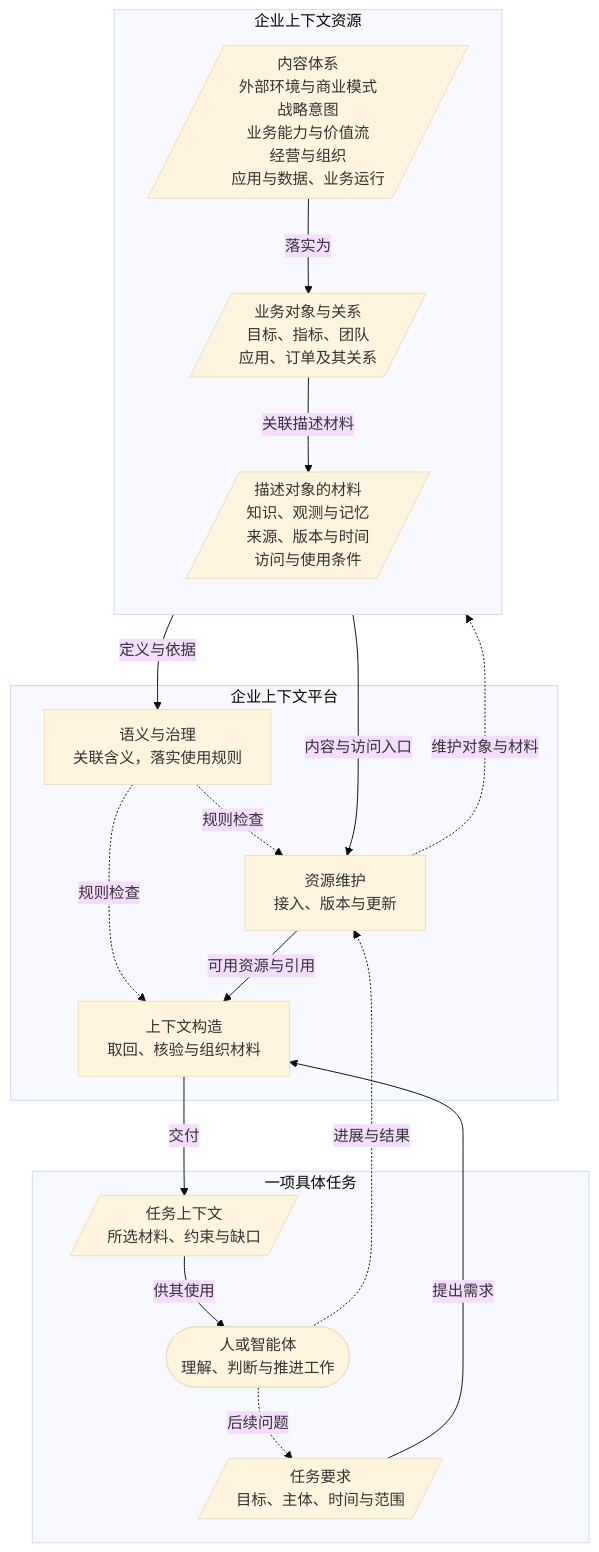
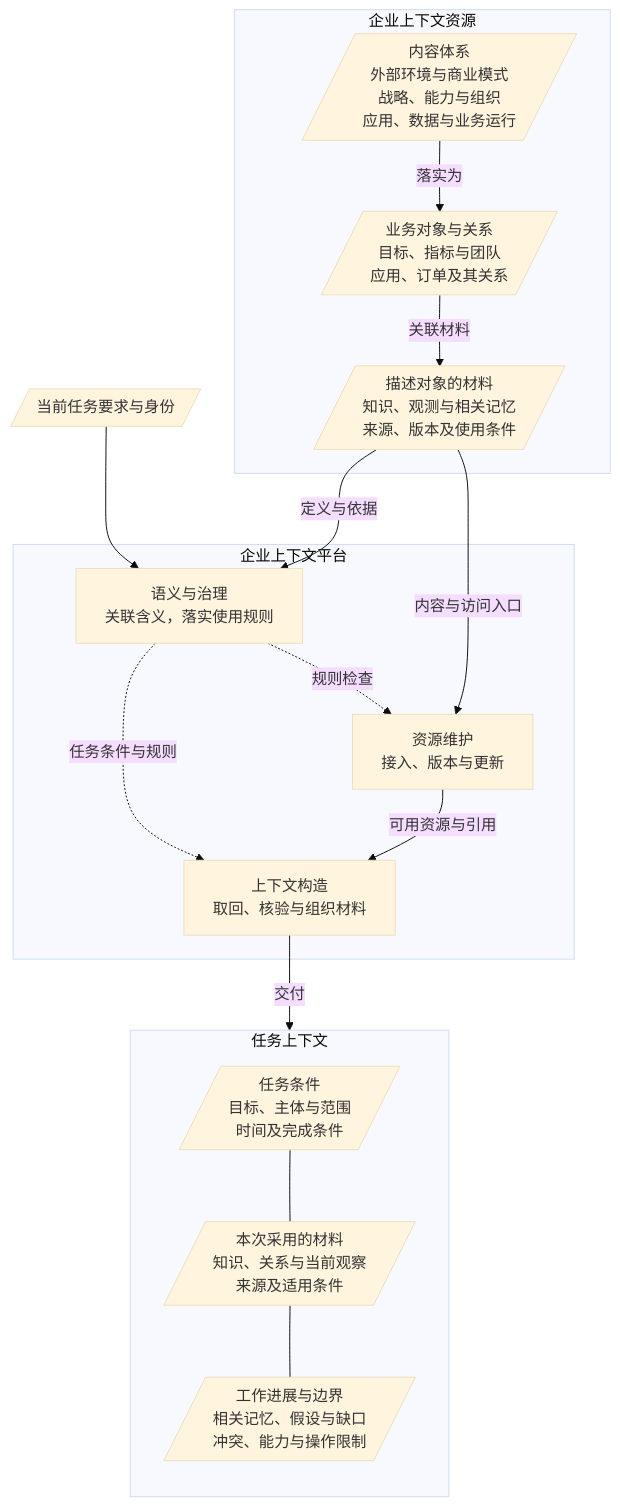
The first of 3 diagrams in book/part-1/chapter-03.md (LENSHOOD/enterprise-context-book), drawn with Mermaid (base theme) before and after one commit. The commit also changed other lines of this file and 23 other files, not shown here.

````diff
--- a/book/part-1/chapter-03.md
+++ b/book/part-1/chapter-03.md
@@ -9,32 +9,30 @@
 ```mermaid
 flowchart TB
   subgraph R["企业上下文资源"]
-    direction TB
-    D[/"内容体系<br/>外部环境与商业模式<br/>战略意图<br/>业务能力与价值流<br/>经营与组织<br/>应用与数据、业务运行"/]
-    O[/"业务对象与关系<br/>目标、指标、团队<br/>应用、订单及其关系"/]
-    M[/"描述对象的材料<br/>知识、观测与记忆<br/>来源、版本与时间<br/>访问与使用条件"/]
+    D[/"内容体系<br/>外部环境与商业模式<br/>战略、能力与组织<br/>应用、数据与业务运行"/]
+    O[/"业务对象与关系<br/>目标、指标与团队<br/>应用、订单及其关系"/]
+    M[/"描述对象的材料<br/>知识、观测与相关记忆<br/>来源、版本及使用条件"/]
     D -->|落实为| O
-    O -->|关联描述材料| M
+    O -->|关联材料| M
   end
   subgraph P["企业上下文平台"]
+    G["语义与治理<br/>关联含义，落实使用规则"]
     I["资源维护<br/>接入、版本与更新"]
-    G["语义与治理<br/>关联含义，落实使用规则"]
     C["上下文构造<br/>取回、核验与组织材料"]
     G -.规则检查.-> I
-    G -.规则检查.-> C
+    G -.任务条件与规则.-> C
     I -->|可用资源与引用| C
   end
-  subgraph T["一项具体任务"]
-    Q[/"任务要求<br/>目标、主体、时间与范围"/]
-    B[/"任务上下文<br/>所选材料、约束与缺口"/]
-    A(["人或智能体<br/>理解、判断与推进工作"])
-    B -->|供其使用| A
-    A -.后续问题.-> Q
+  Q[/"当前任务要求与身份"/] --> G
+  M -->|定义与依据| G
+  M -->|内容与访问入口| I
+  subgraph T["任务上下文"]
+    direction TB
+    S[/"任务条件<br/>目标、主体与范围<br/>时间及完成条件"/]
+    E[/"本次采用的材料<br/>知识、关系与当前观察<br/>来源及适用条件"/]
+    W[/"工作进展与边界<br/>相关记忆、假设与缺口<br/>冲突、能力与操作限制"/]
+    S --- E
+    E --- W
   end
-  M -->|内容与访问入口| I
-  M -->|定义与依据| G
-  Q -->|提出需求| C
-  C -->|交付| B
-  A -.进展与结果.-> I
-  I -.维护对象与材料.-> O
+  C -->|交付| T
 ```
````
